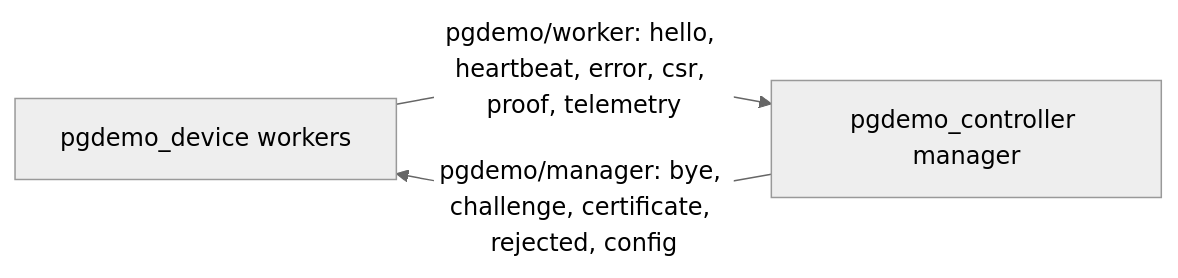
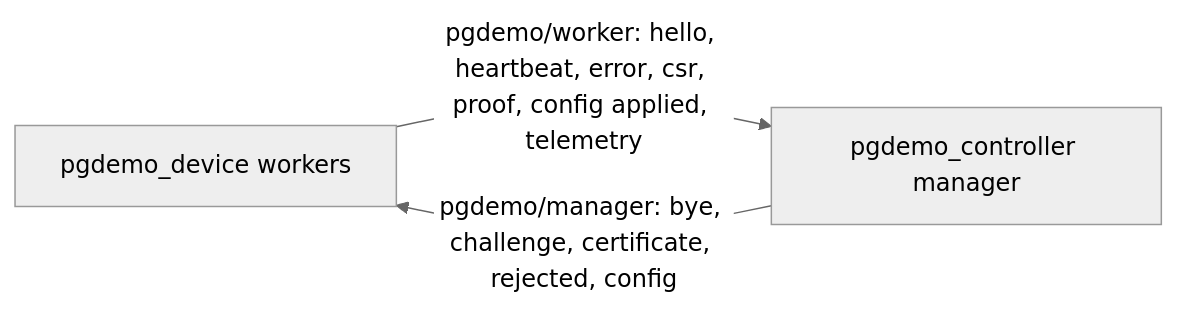
One commit to jgmatu/postgresql changed the diagram in msgs/README.md. Above: the diagram before and after it, drawn with Mermaid (neutral theme). The commit also changed other lines of this file and 24 other files, not shown here.

````diff
--- a/msgs/README.md
+++ b/msgs/README.md
@@ -9,7 +9,7 @@
 ```mermaid
 flowchart LR
     workers[pgdemo_device workers]
     manager[pgdemo_controller manager]
-    workers -->|"pgdemo/worker: hello, heartbeat, error, csr, proof, telemetry"| manager
+    workers -->|"pgdemo/worker: hello, heartbeat, error, csr, proof, config applied, telemetry"| manager
     manager -->|"pgdemo/manager: bye, challenge, certificate, rejected, config"| workers
 ```
````
